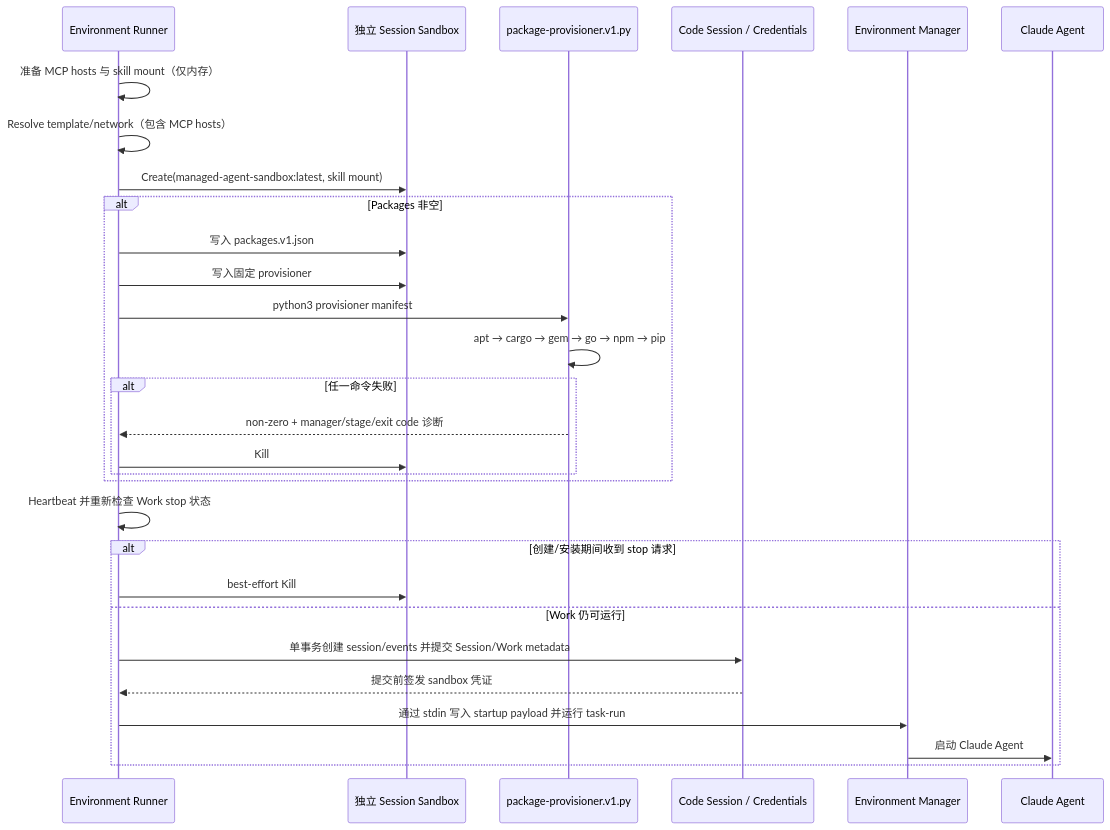
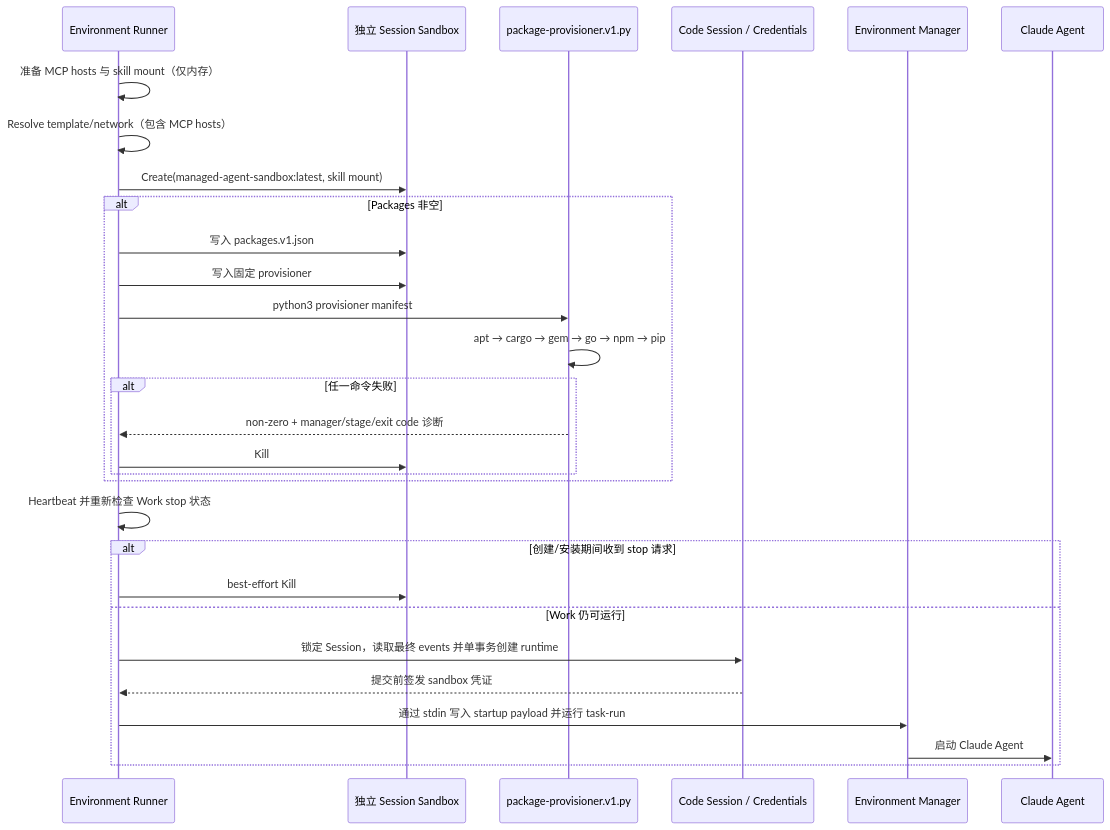
The diagram in docs/design/be/environment-package-provisioning.md (superduck-ai/open-managed-agents), drawn with Mermaid before and after one commit. The commit also changed other lines of this file and 4 other files, not shown here.

````diff
--- a/docs/design/be/environment-package-provisioning.md
+++ b/docs/design/be/environment-package-provisioning.md
@@ -17,32 +17,32 @@
 ```mermaid
 sequenceDiagram
     participant Runner as Environment Runner
     participant E2B as 独立 Session Sandbox
     participant Provisioner as package-provisioner.v1.py
     participant CodeSession as Code Session / Credentials
     participant Manager as Environment Manager
     participant Agent as Claude Agent
 
     Runner->>Runner: 准备 MCP hosts 与 skill mount（仅内存）
     Runner->>Runner: Resolve template/network（包含 MCP hosts）
     Runner->>E2B: Create(managed-agent-sandbox:latest, skill mount)
     alt Packages 非空
         Runner->>E2B: 写入 packages.v1.json
         Runner->>E2B: 写入固定 provisioner
         Runner->>Provisioner: python3 provisioner manifest
         Provisioner->>Provisioner: apt → cargo → gem → go → npm → pip
         alt 任一命令失败
             Provisioner-->>Runner: non-zero + manager/stage/exit code 诊断
             Runner->>E2B: Kill
         end
     end
     Runner->>Runner: Heartbeat 并重新检查 Work stop 状态
     alt 创建/安装期间收到 stop 请求
         Runner->>E2B: best-effort Kill
     else Work 仍可运行
-        Runner->>CodeSession: 单事务创建 session/events 并提交 Session/Work metadata
+        Runner->>CodeSession: 锁定 Session，读取最终 events 并单事务创建 runtime
         CodeSession-->>Runner: 提交前签发 sandbox 凭证
         Runner->>Manager: 通过 stdin 写入 startup payload 并运行 task-run
         Manager->>Agent: 启动 Claude Agent
     end
 ```
````
